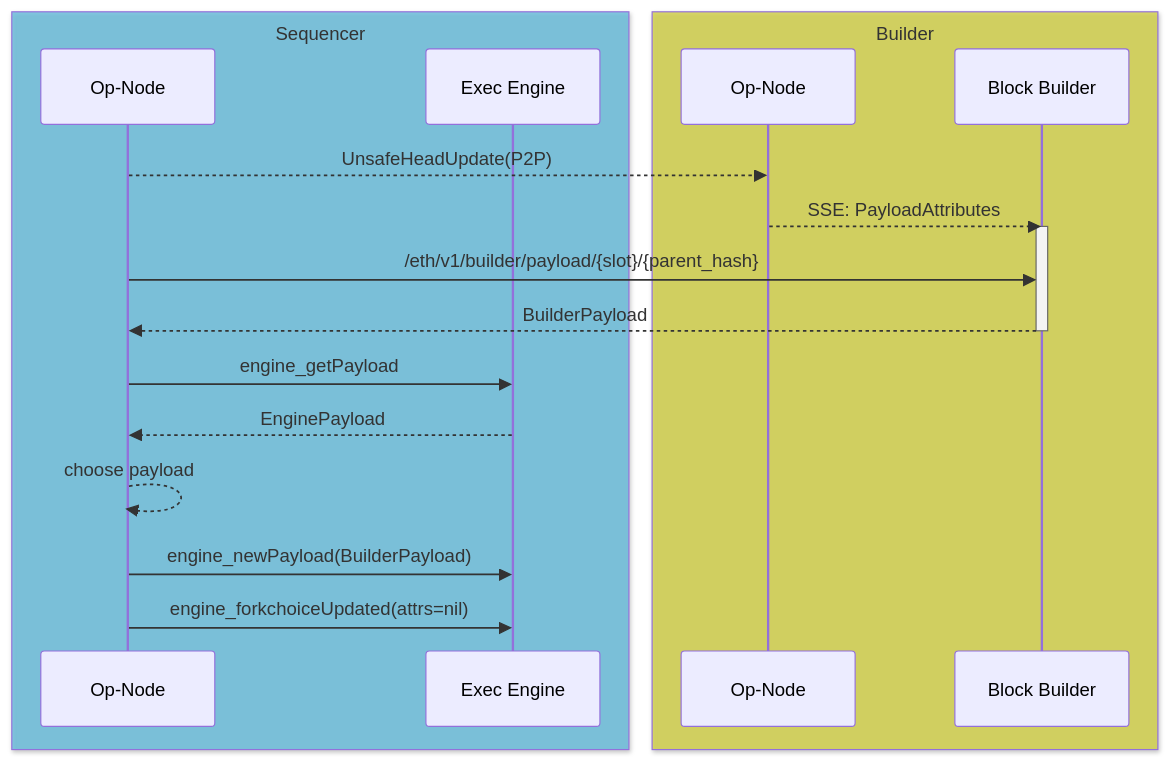
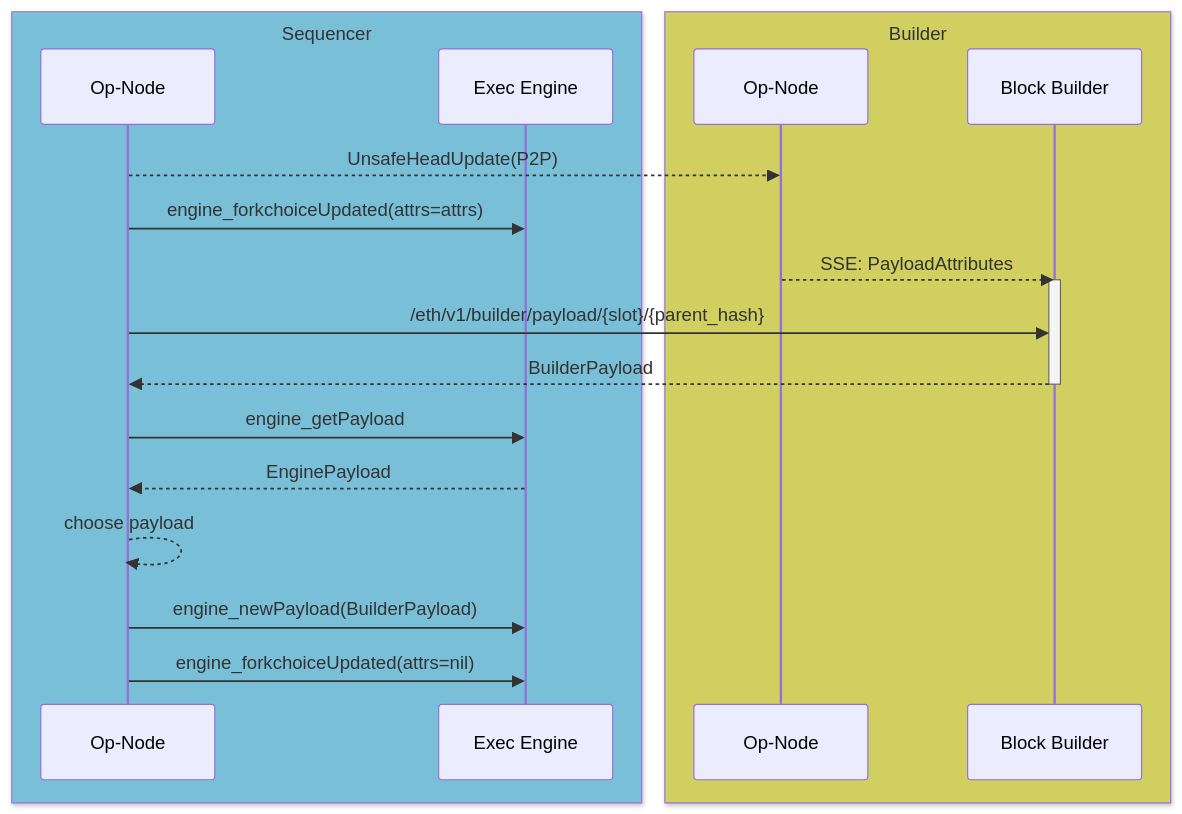
Before and after one commit to flashbots/op-geth: the diagram in builder/README.md, drawn with Mermaid.

Commit message:
add a sequence engine_forkchoiceUpdated(attrs=attrs)

````diff
--- a/builder/README.md
+++ b/builder/README.md
@@ -38,24 +38,25 @@
 ```mermaid
 sequenceDiagram
     box rgba(103, 189, 220, 0.8) Sequencer
     participant OPS as Op-Node
     participant EES as Exec Engine
     end
     box rgba(210, 209, 71, 0.8) Builder
     participant OPB as Op-Node
     participant BB as Block Builder
     end
 
     OPS-->>OPB: UnsafeHeadUpdate(P2P)
+    OPS->>EES: engine_forkchoiceUpdated(attrs=attrs)
     OPB-->>BB: SSE: PayloadAttributes
 
     activate BB
     OPS->> BB: /eth/v1/builder/payload/{slot}/{parent_hash}
     BB-->>OPS: BuilderPayload
     deactivate BB
     OPS->>EES: engine_getPayload
     EES-->>OPS: EnginePayload
     OPS-->>OPS: choose payload
     OPS->>EES: engine_newPayload(BuilderPayload)
     OPS->>EES: engine_forkchoiceUpdated(attrs=nil)
 ```
````
